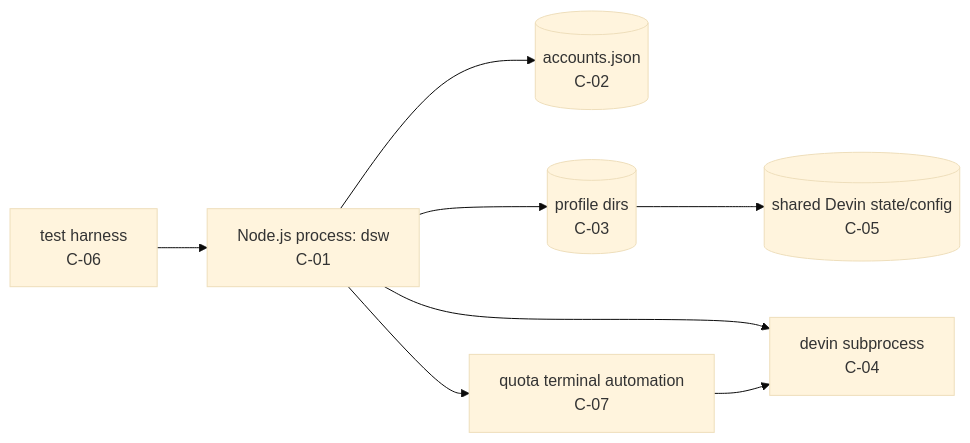
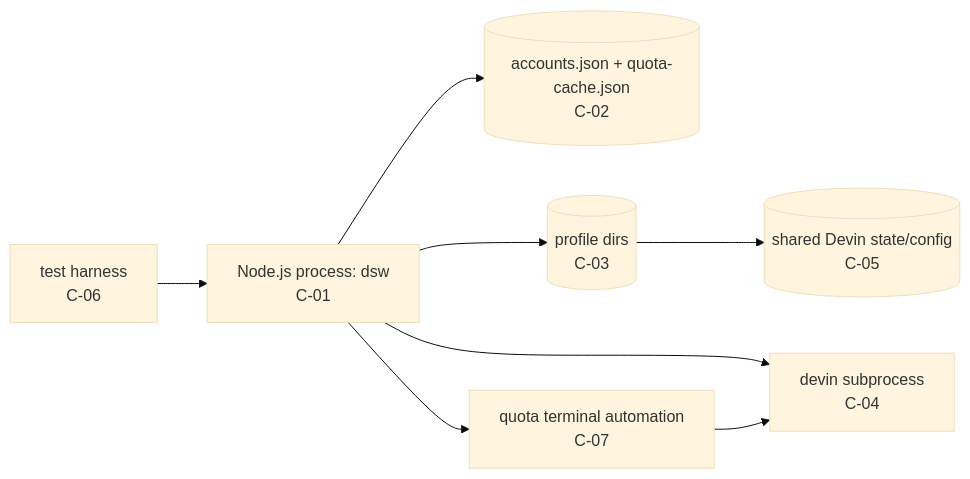
One commit to itsddvn/dws changed the second of 6 diagrams in docs/ARCHITECTURE.md. Above: the diagram before and after it, drawn with Mermaid (base theme). The commit also changed other lines of this file and 9 other files, not shown here.

````diff
--- a/docs/ARCHITECTURE.md
+++ b/docs/ARCHITECTURE.md
@@ -42,17 +42,17 @@
 ```mermaid
 flowchart LR
     cli[Node.js process: dsw\nC-01]
-    store[(accounts.json\nC-02)]
+    store[(accounts.json + quota-cache.json\nC-02)]
     profiles[(profile dirs\nC-03)]
     devin[devin subprocess\nC-04]
     shared[(shared Devin state/config\nC-05)]
     tests[test harness\nC-06]
     quota[quota terminal automation\nC-07]
     cli --> store
     cli --> profiles
     cli --> devin
     cli --> quota
     quota --> devin
     profiles --> shared
     tests --> cli
 ```
````
